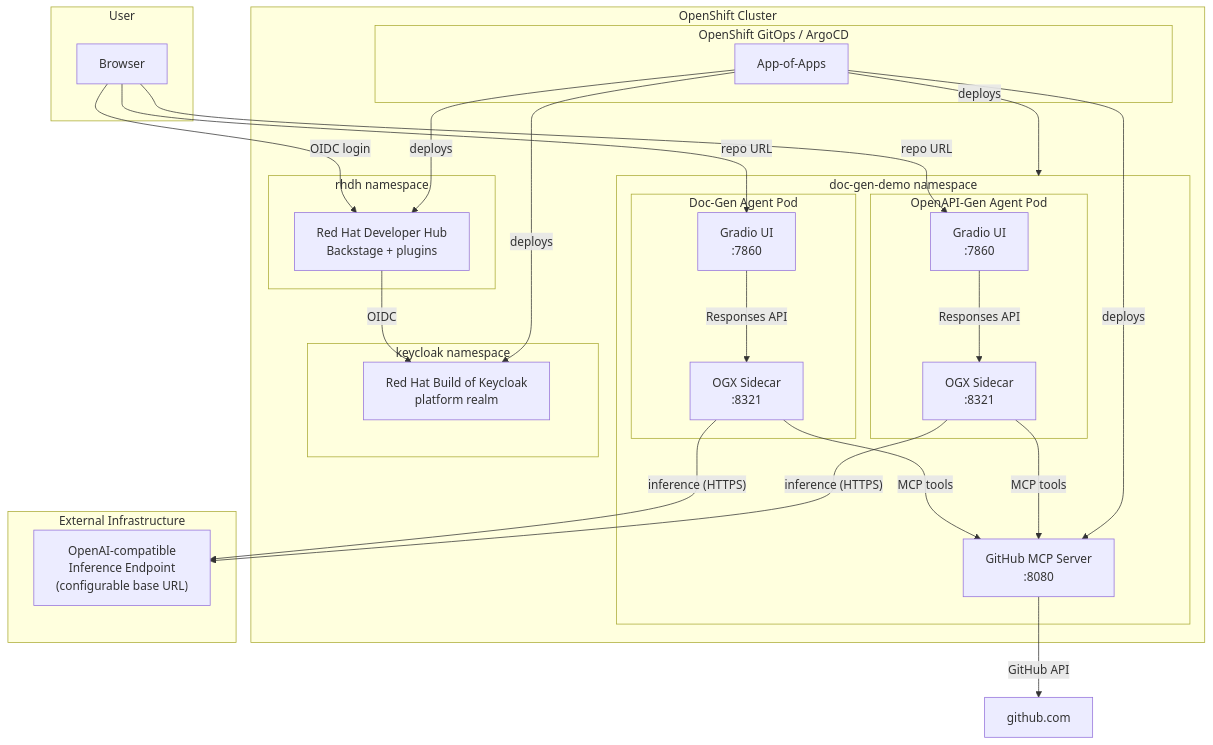
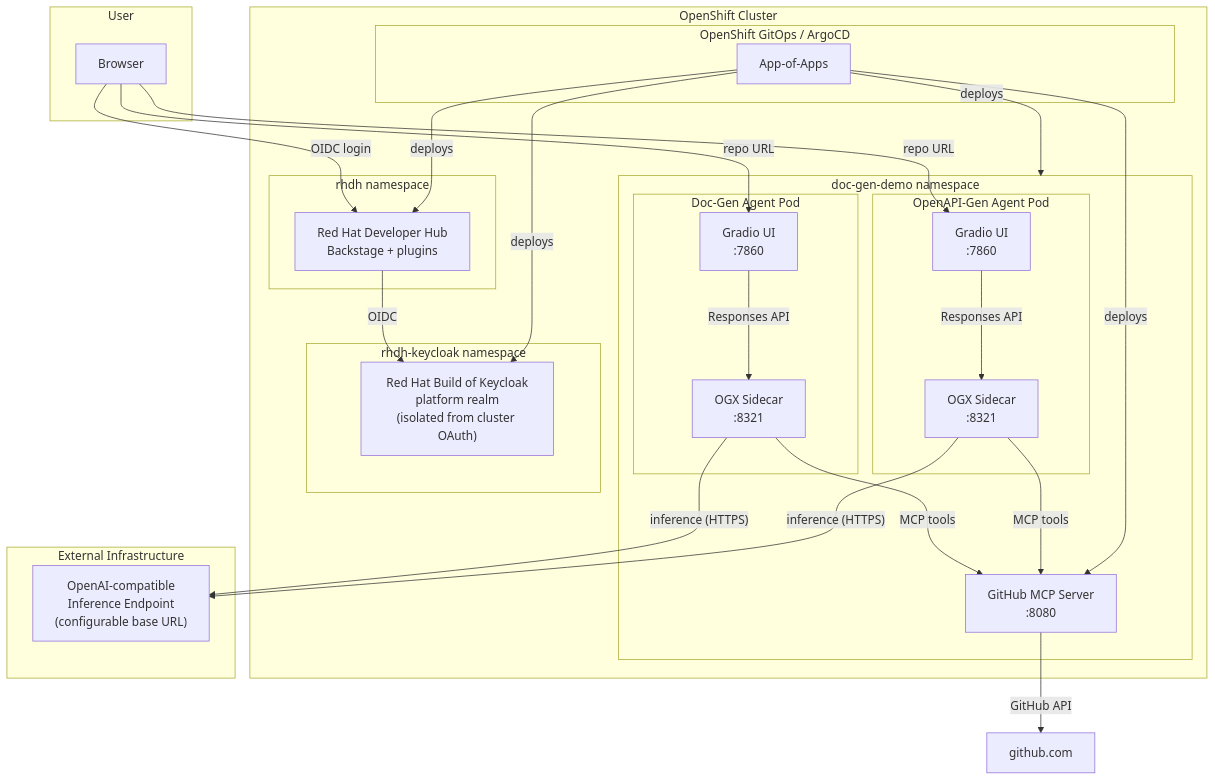
One commit to matteo-grimaldi/agentic-doc-generation changed the first of 2 diagrams in README.md. Above: the diagram before and after it, drawn with Mermaid. The commit also changed other lines of this file and 17 other files, not shown here.

Commit message:
gitops: point apps at repo; isolate RHDH Keycloak namespace; fix install-openshift-ai.sh component reconcile

````diff
--- a/README.md
+++ b/README.md
@@ -28,52 +28,52 @@
 ```mermaid
 flowchart TB
     subgraph user [User]
         Browser
     end
 
     subgraph ocp [OpenShift Cluster]
         subgraph gitops [OpenShift GitOps / ArgoCD]
             AppOfApps["App-of-Apps"]
         end
 
         subgraph demo_ns [doc-gen-demo namespace]
             subgraph doc_pod [Doc-Gen Agent Pod]
                 DocGradio["Gradio UI\n:7860"]
                 DocOGX["OGX Sidecar\n:8321"]
             end
             subgraph api_pod [OpenAPI-Gen Agent Pod]
                 ApiGradio["Gradio UI\n:7860"]
                 ApiOGX["OGX Sidecar\n:8321"]
             end
             GitHubMCP["GitHub MCP Server\n:8080"]
         end
 
-        subgraph keycloak_ns [keycloak namespace]
-            RHBK["Red Hat Build of Keycloak\nplatform realm"]
+        subgraph keycloak_ns [rhdh-keycloak namespace]
+            RHBK["Red Hat Build of Keycloak\nplatform realm\n(isolated from cluster OAuth)"]
         end
 
         subgraph rhdh_ns [rhdh namespace]
             RHDH["Red Hat Developer Hub\nBackstage + plugins"]
         end
     end
 
     subgraph external [External Infrastructure]
         InferenceEndpoint["OpenAI-compatible\nInference Endpoint\n(configurable base URL)"]
     end
 
     Browser -->|"repo URL"| DocGradio
     Browser -->|"repo URL"| ApiGradio
     Browser -->|"OIDC login"| RHDH
     DocGradio -->|"Responses API"| DocOGX
     ApiGradio -->|"Responses API"| ApiOGX
     DocOGX -->|"MCP tools"| GitHubMCP
     ApiOGX -->|"MCP tools"| GitHubMCP
     DocOGX -->|"inference (HTTPS)"| InferenceEndpoint
     ApiOGX -->|"inference (HTTPS)"| InferenceEndpoint
     GitHubMCP -->|"GitHub API"| GitHub["github.com"]
     RHDH -->|"OIDC"| RHBK
     AppOfApps -->|deploys| GitHubMCP
     AppOfApps -->|deploys| demo_ns
     AppOfApps -->|deploys| RHBK
     AppOfApps -->|deploys| RHDH
 ```
````
